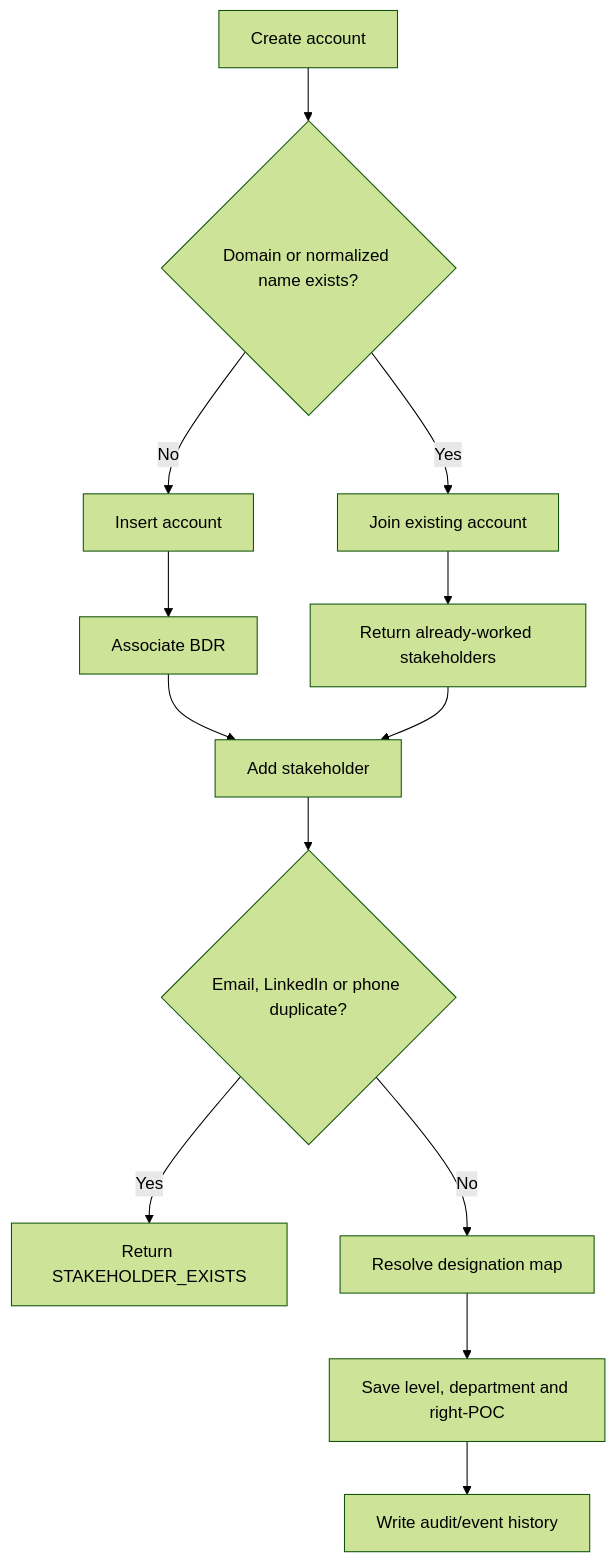
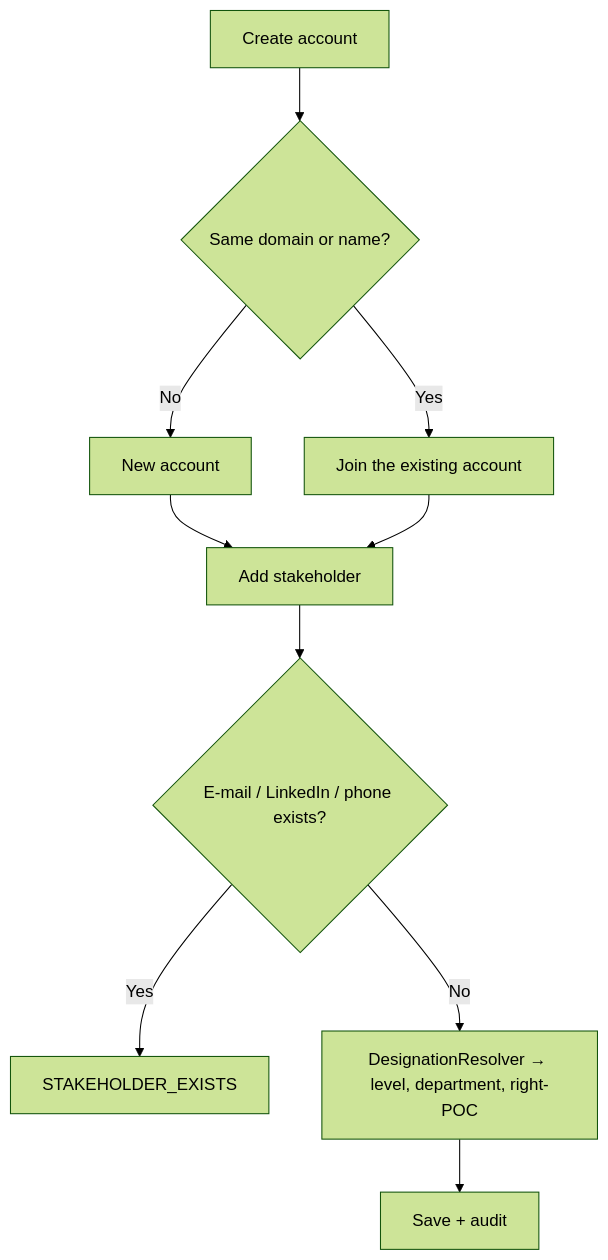
The fifth of 7 diagrams in README.md (Isodynamicakash/Crm_Prosperr_backend), drawn with Mermaid (forest theme) before and after one commit. The commit also changed other lines of this file, not shown here.

````diff
--- a/README.md
+++ b/README.md
@@ -456,15 +256,12 @@
 ```mermaid
 flowchart TD
-  Create[Create account] --> Match{Domain or normalized name exists?}
-  Match -->|No| Insert[Insert account]
-  Match -->|Yes| Join[Join existing account]
-  Insert --> Bdr[Associate BDR]
-  Join --> Taken[Return already-worked stakeholders]
-  Bdr --> Add[Add stakeholder]
-  Taken --> Add
-  Add --> Duplicate{Email, LinkedIn or phone duplicate?}
-  Duplicate -->|Yes| Block[Return STAKEHOLDER_EXISTS]
-  Duplicate -->|No| Resolve[Resolve designation map]
-  Resolve --> Save[Save level, department and right-POC]
-  Save --> Audit[Write audit/event history]
+  Create[Create account] --> Match{Same domain or name?}
+  Match -->|No| Insert[New account]
+  Match -->|Yes| Join[Join the existing account]
+  Insert --> Add[Add stakeholder]
+  Join --> Add
+  Add --> Dup{E-mail / LinkedIn / phone exists?}
+  Dup -->|Yes| Block[STAKEHOLDER_EXISTS]
+  Dup -->|No| Map[DesignationResolver → level, department, right-POC]
+  Map --> Save[Save + audit]
 ```
````
